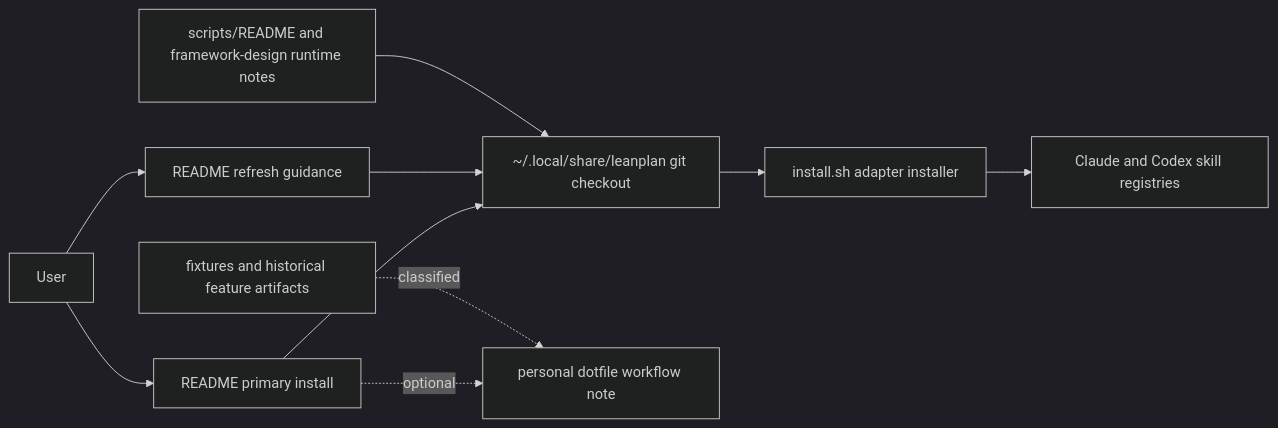
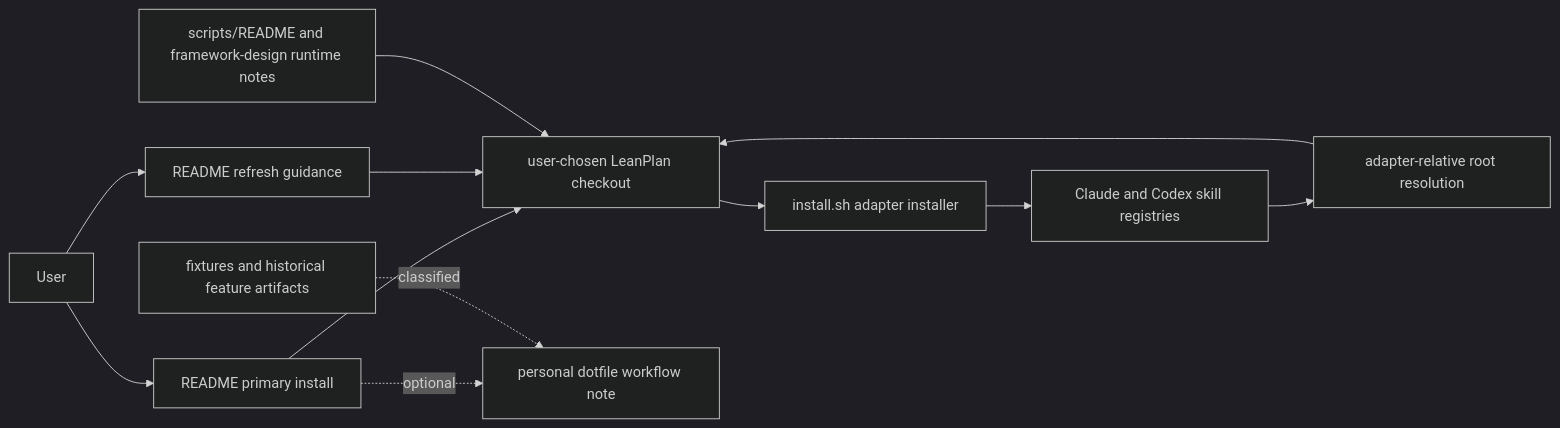
The diagram in docs/features/260623-remove-chezmoi-dependency/design.md (mynghn/leanplan), drawn with Mermaid (dark theme) before and after one commit. The commit also changed other lines of this file and 26 other files, not shown here.

First line of the commit message:
Remove fixed LeanPlan checkout path assumptions

````diff
--- a/docs/features/260623-remove-chezmoi-dependency/design.md
+++ b/docs/features/260623-remove-chezmoi-dependency/design.md
@@ -7,12 +7,14 @@
 ```mermaid
 flowchart LR
     U[User] --> README[README primary install]
-    README --> CLONE[~/.local/share/leanplan git checkout]
+    README --> CLONE[user-chosen LeanPlan checkout]
     CLONE --> INSTALL[install.sh adapter installer]
     INSTALL --> AGENTS[Claude and Codex skill registries]
     U --> UPDATE[README refresh guidance]
     UPDATE --> CLONE
     RUNTIME[scripts/README and framework-design runtime notes] --> CLONE
+    AGENTS --> RESOLVE[adapter-relative root resolution]
+    RESOLVE --> CLONE
     README -. optional .-> DOTFILES[personal dotfile workflow note]
     HIST[fixtures and historical feature artifacts] -. classified .-> DOTFILES
 ```
````
